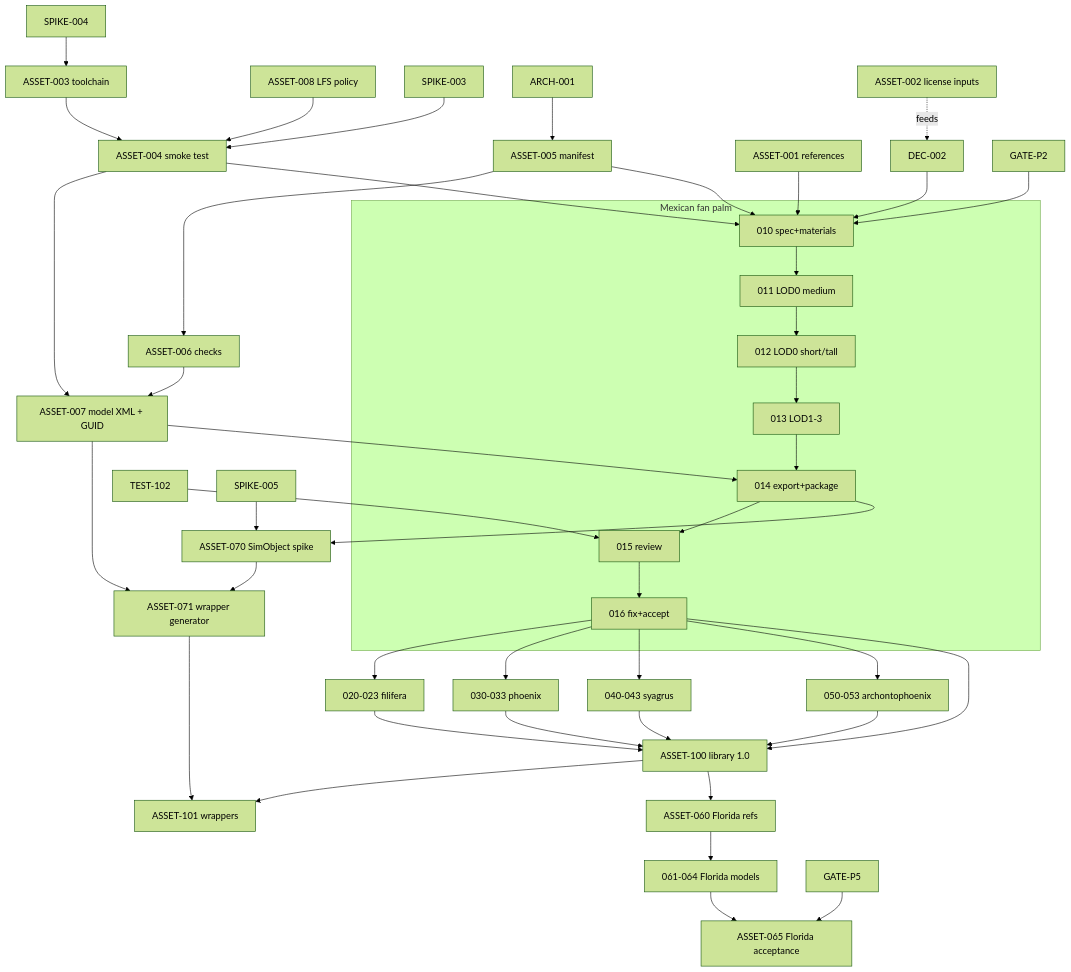
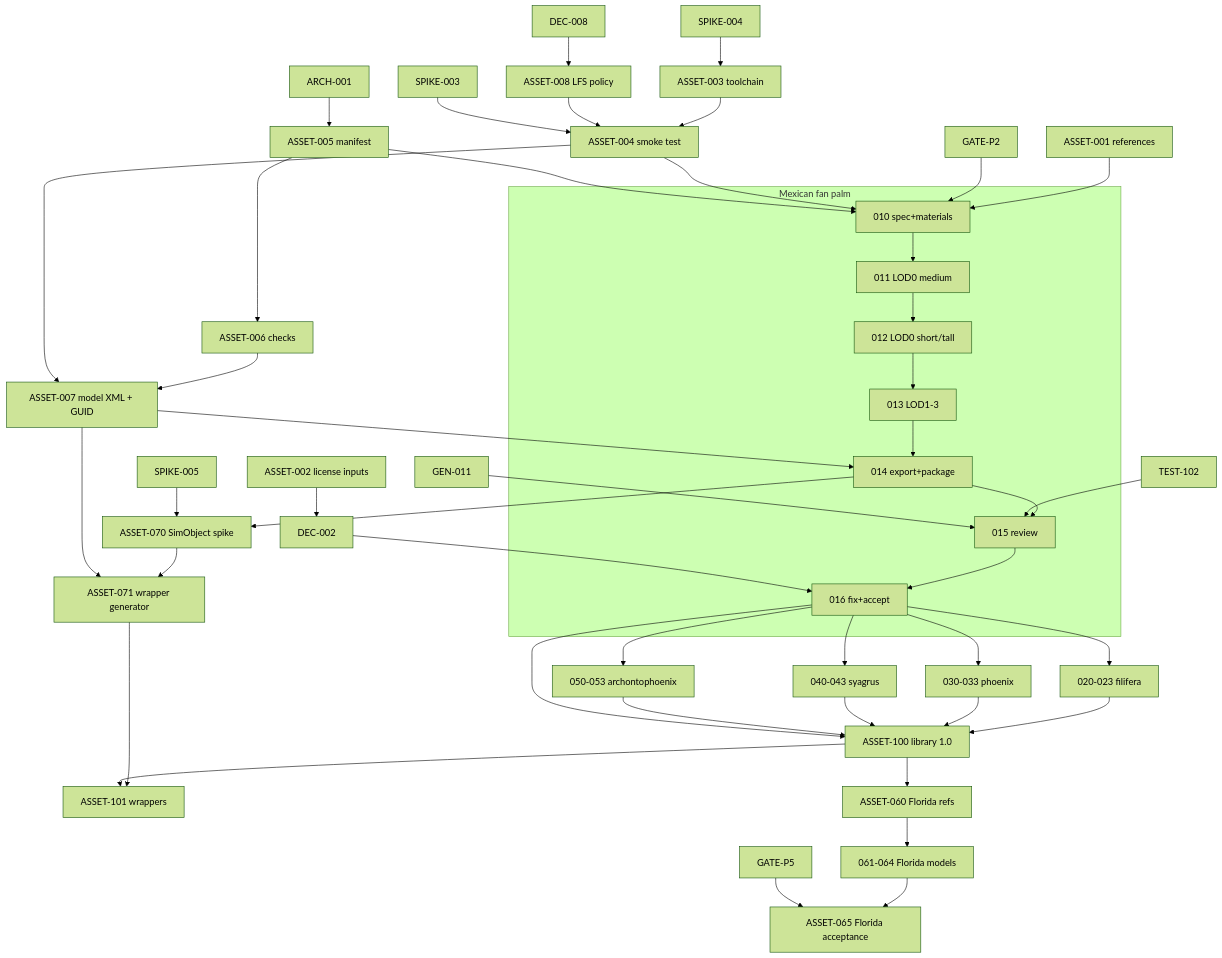
One commit to delta97/sim-palms changed the diagram in plans/detailed/03-palm-assets.md. Above: the diagram before and after it, drawn with Mermaid (forest theme). The commit also changed other lines of this file and 66 other files, not shown here.

````diff
--- a/plans/detailed/03-palm-assets.md
+++ b/plans/detailed/03-palm-assets.md
@@ -440,41 +441,43 @@
 ```mermaid
 flowchart TD
     SPIKE004[SPIKE-004] --> A003[ASSET-003 toolchain]
     A003 --> A004[ASSET-004 smoke test]
-    A008[ASSET-008 LFS policy] --> A004
+    DEC008[DEC-008] --> A008[ASSET-008 LFS policy]
+    A008 --> A004
     SPIKE003[SPIKE-003] --> A004
     ARCH001[ARCH-001] --> A005[ASSET-005 manifest]
     A005 --> A006[ASSET-006 checks]
     A006 --> A007[ASSET-007 model XML + GUID]
     A004 --> A007
     A001[ASSET-001 references] --> A010
-    A002[ASSET-002 license inputs] -.feeds.-> DEC002[DEC-002]
-    DEC002 --> A010
+    A002[ASSET-002 license inputs] --> DEC002[DEC-002]
     GATEP2[GATE-P2] --> A010
     A004 --> A010
     A005 --> A010
     subgraph Robusta [Mexican fan palm]
       A010[010 spec+materials] --> A011[011 LOD0 medium] --> A012[012 LOD0 short/tall] --> A013[013 LOD1-3] --> A014[014 export+package] --> A015[015 review] --> A016[016 fix+accept]
     end
     A007 --> A014
     TEST102[TEST-102] --> A015
+    GEN011[GEN-011] --> A015
+    DEC002 --> A016
     A016 --> A020[020-023 filifera]
     A016 --> A030[030-033 phoenix]
     A016 --> A040[040-043 syagrus]
     A016 --> A050[050-053 archontophoenix]
     A020 --> A100[ASSET-100 library 1.0]
     A030 --> A100
     A040 --> A100
     A050 --> A100
     A016 --> A100
     A014 --> A070[ASSET-070 SimObject spike]
     SPIKE005[SPIKE-005] --> A070
     A070 --> A071[ASSET-071 wrapper generator]
     A007 --> A071
     A071 --> A101[ASSET-101 wrappers]
     A100 --> A101
     A100 --> A060[ASSET-060 Florida refs]
     A060 --> A061[061-064 Florida models]
     A061 --> A065[ASSET-065 Florida acceptance]
     GATEP5[GATE-P5] --> A065
 ```
````
